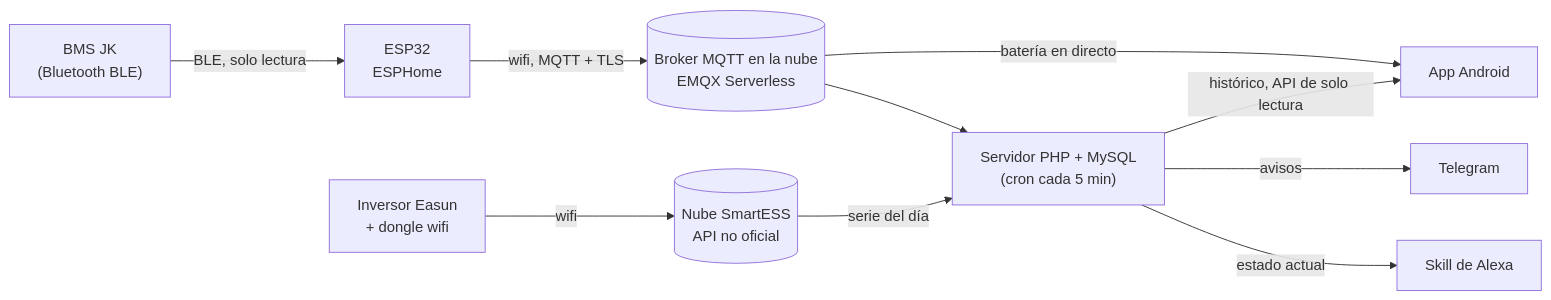
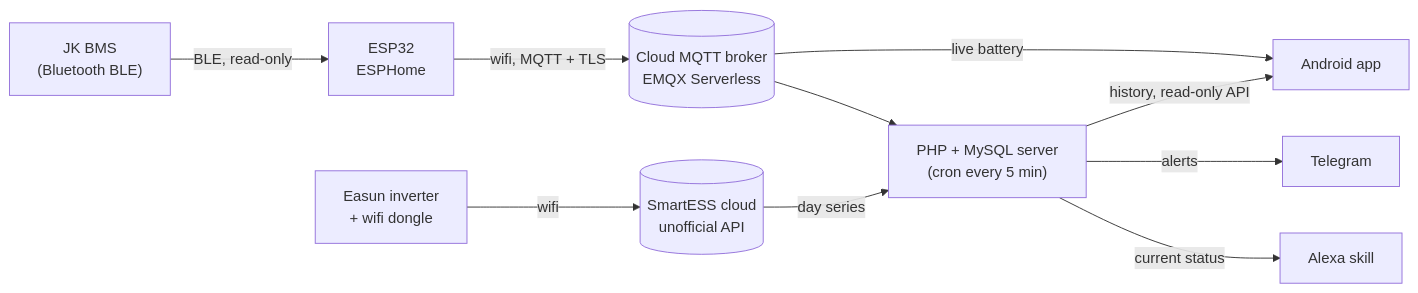
The diagram in README.md (tiorisco/unir-jk-smartESS), drawn with Mermaid before and after one commit. The commit also changed other lines of this file and 9 other files, not shown here.

````diff
--- a/README.md
+++ b/README.md
@@ -25,13 +31,13 @@
 ```mermaid
 flowchart LR
-    BMS["BMS JK<br/>(Bluetooth BLE)"] -->|BLE, solo lectura| ESP["ESP32<br/>ESPHome"]
-    ESP -->|wifi, MQTT + TLS| MQTT[("Broker MQTT en la nube<br/>EMQX Serverless")]
-    INV["Inversor Easun<br/>+ dongle wifi"] -->|wifi| NUBE[("Nube SmartESS<br/>API no oficial")]
+    BMS["JK BMS<br/>(Bluetooth BLE)"] -->|BLE, read-only| ESP["ESP32<br/>ESPHome"]
+    ESP -->|wifi, MQTT + TLS| MQTT[("Cloud MQTT broker<br/>EMQX Serverless")]
+    INV["Easun inverter<br/>+ wifi dongle"] -->|wifi| CLOUD[("SmartESS cloud<br/>unofficial API")]
 
-    MQTT -->|batería en directo| APP["App Android"]
-    MQTT --> SRV["Servidor PHP + MySQL<br/>(cron cada 5 min)"]
-    NUBE -->|serie del día| SRV
-    SRV -->|histórico, API de solo lectura| APP
-    SRV -->|avisos| TG["Telegram"]
-    SRV -->|estado actual| ALEXA["Skill de Alexa"]
+    MQTT -->|live battery| APP["Android app"]
+    MQTT --> SRV["PHP + MySQL server<br/>(cron every 5 min)"]
+    CLOUD -->|day series| SRV
+    SRV -->|history, read-only API| APP
+    SRV -->|alerts| TG["Telegram"]
+    SRV -->|current status| ALEXA["Alexa skill"]
 ```
````
